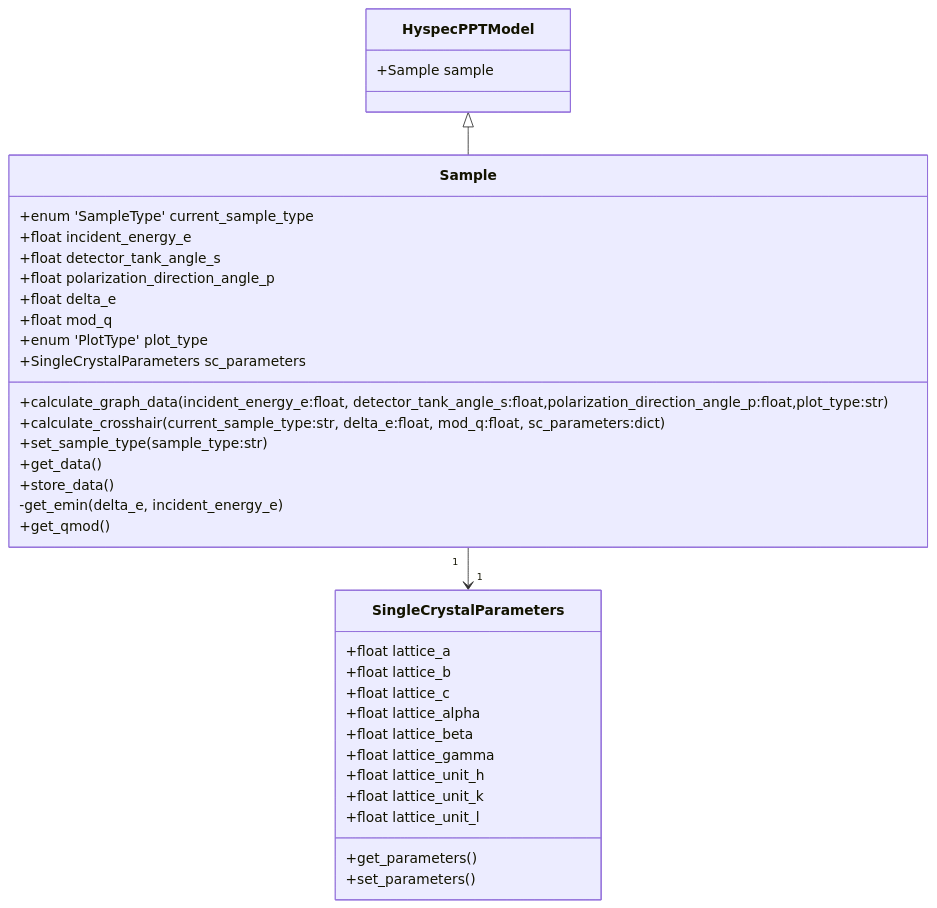
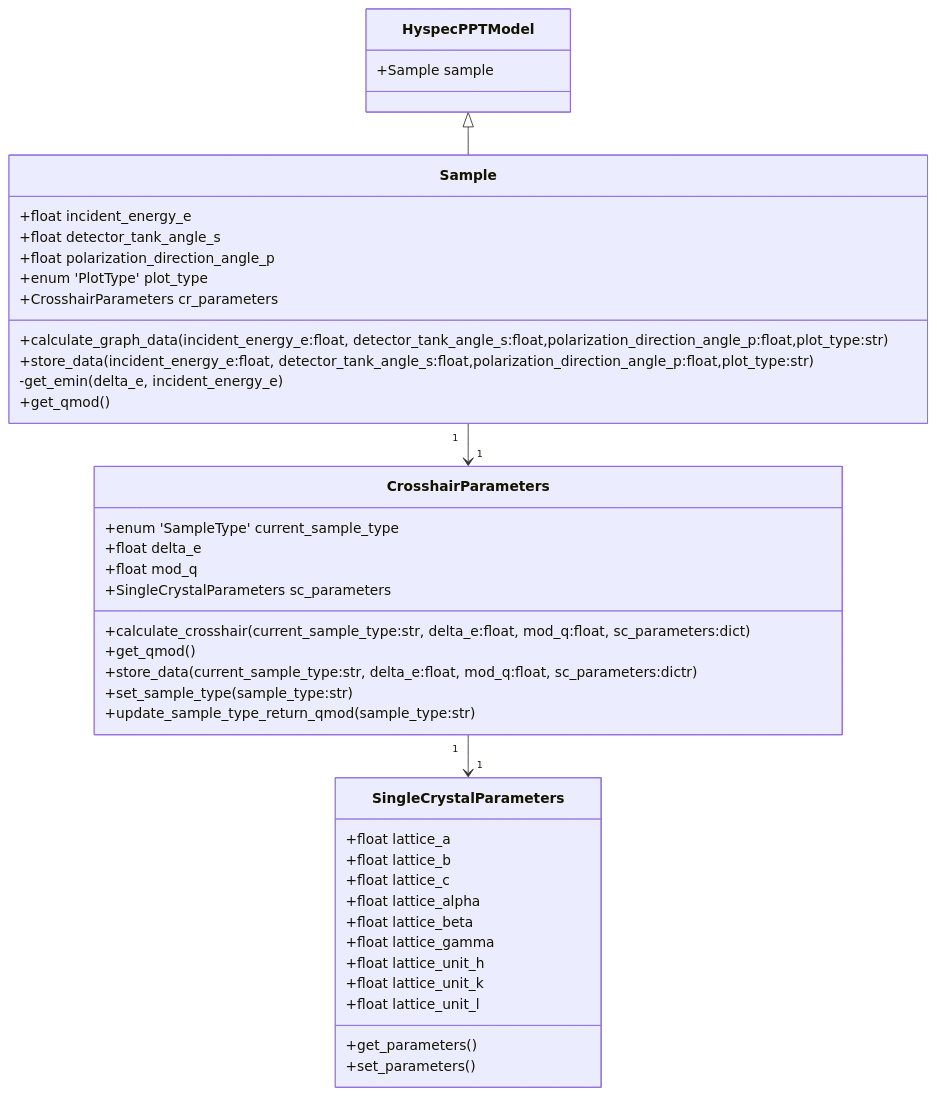
One commit to neutrons/hyspecppt changed the first of 12 diagrams in docs/source/design/hyspecpptclasses.rst. Above: the diagram before and after it, drawn with Mermaid. The commit also changed other lines of this file, not shown here.

```diff
--- a/docs/source/design/hyspecpptclasses.rst
+++ b/docs/source/design/hyspecpptclasses.rst
@@ -15,42 +15,50 @@
 .. mermaid::
 
  classDiagram
     HyspecPPTModel <|-- Sample
-    Sample "1" -->"1" SingleCrystalParameters
+    Sample "1" -->"1" CrosshairParameters
+    CrosshairParameters "1" -->"1" SingleCrystalParameters
 
 
     class HyspecPPTModel{
         +Sample sample
     }
 
     class Sample{
-        +enum 'SampleType' current_sample_type
         +float incident_energy_e
         +float detector_tank_angle_s
         +float polarization_direction_angle_p
+        +enum 'PlotType' plot_type
+        +CrosshairParameters cr_parameters
+        +calculate_graph_data(incident_energy_e:float, detector_tank_angle_s:float,polarization_direction_angle_p:float,plot_type:str)
+        +store_data(incident_energy_e:float, detector_tank_angle_s:float,polarization_direction_angle_p:float,plot_type:str)
+        -get_emin(delta_e, incident_energy_e)
+        +get_qmod()
+    }
+
+
+    class CrosshairParameters{
+        +enum 'SampleType' current_sample_type
         +float delta_e
         +float mod_q
-        +enum 'PlotType' plot_type
         +SingleCrystalParameters sc_parameters
-        +calculate_graph_data(incident_energy_e:float, detector_tank_angle_s:float,polarization_direction_angle_p:float,plot_type:str)
         +calculate_crosshair(current_sample_type:str, delta_e:float, mod_q:float, sc_parameters:dict)
+        +get_qmod()
+        +store_data(current_sample_type:str, delta_e:float, mod_q:float, sc_parameters:dictr)
         +set_sample_type(sample_type:str)
-        +get_data()
-        +store_data()
-        -get_emin(delta_e, incident_energy_e)
-        +get_qmod()
+        +update_sample_type_return_qmod(sample_type:str)
     }
 
     class SingleCrystalParameters{
         +float lattice_a
         +float lattice_b
         +float lattice_c
         +float lattice_alpha
         +float lattice_beta
         +float lattice_gamma
         +float lattice_unit_h
         +float lattice_unit_k
         +float lattice_unit_l
         +get_parameters()
         +set_parameters()
     }
```
